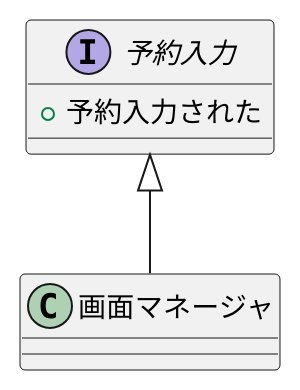
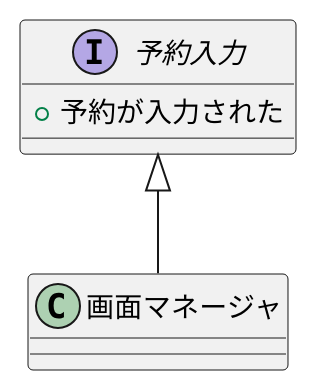
One commit to a-tamura22/uml-introduction changed the diagram in 例題3-1_予約入力インターフェース.pu. Above: the diagram before and after it, drawn with PlantUML.

Commit message:
”が”を追記しました

```diff
--- a/例題3-1_予約入力インターフェース.pu
+++ b/例題3-1_予約入力インターフェース.pu
@@ -1,9 +1,9 @@
 @startuml ユースケース図
 class 画面マネージャ {
 }
 
 interface 予約入力 {
-+予約入力された
++予約が入力された
 }
 予約入力 <|-- 画面マネージャ
 @enduml
```
